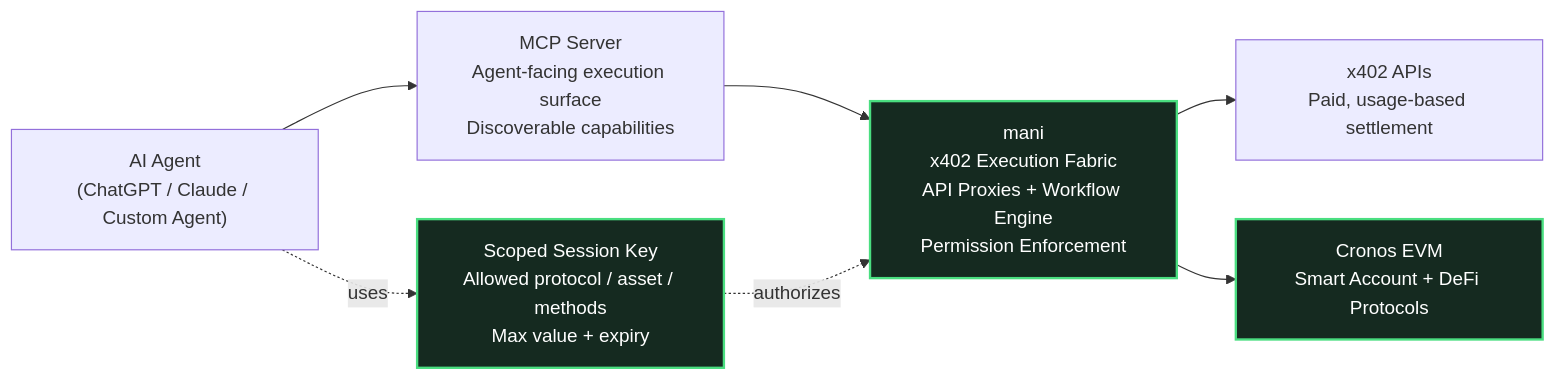
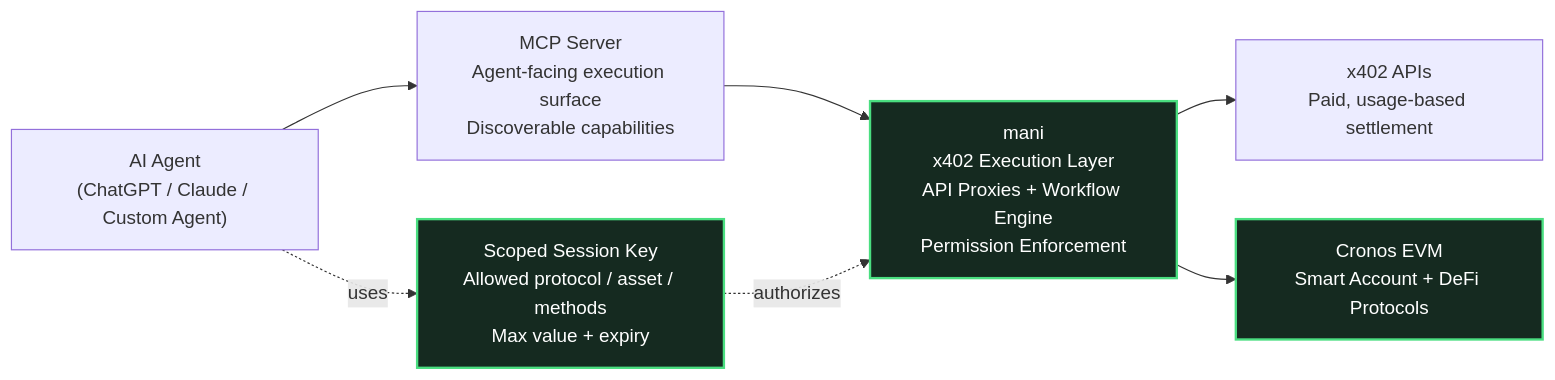
The fourth of 4 diagrams in README.md (Afoxcute/mani), drawn with Mermaid before and after one commit. The commit also changed other lines of this file and 5 other files, not shown here.

````diff
--- a/README.md
+++ b/README.md
@@ -171,13 +171,13 @@
 ```mermaid
 flowchart LR
   AG["AI Agent\n(ChatGPT / Claude / Custom Agent)"] --> MCP["MCP Server\nAgent-facing execution surface\nDiscoverable capabilities"]
-  MCP --> AF["mani\nx402 Execution Fabric\nAPI Proxies + Workflow Engine\nPermission Enforcement"]:::good
+  MCP --> AF["mani\nx402 Execution Layer\nAPI Proxies + Workflow Engine\nPermission Enforcement"]:::good
   AF --> X402["x402 APIs\nPaid, usage-based settlement"]
   AF --> CR["Cronos EVM\nSmart Account + DeFi Protocols"]:::good
 
   SK["Scoped Session Key\nAllowed protocol / asset / methods\nMax value + expiry"]:::good
   AG -. uses .-> SK
   SK -. authorizes .-> AF
 
   classDef good fill:#152a20,stroke:#4ade80,stroke-width:2px,color:#ffffff;
 ```
````
